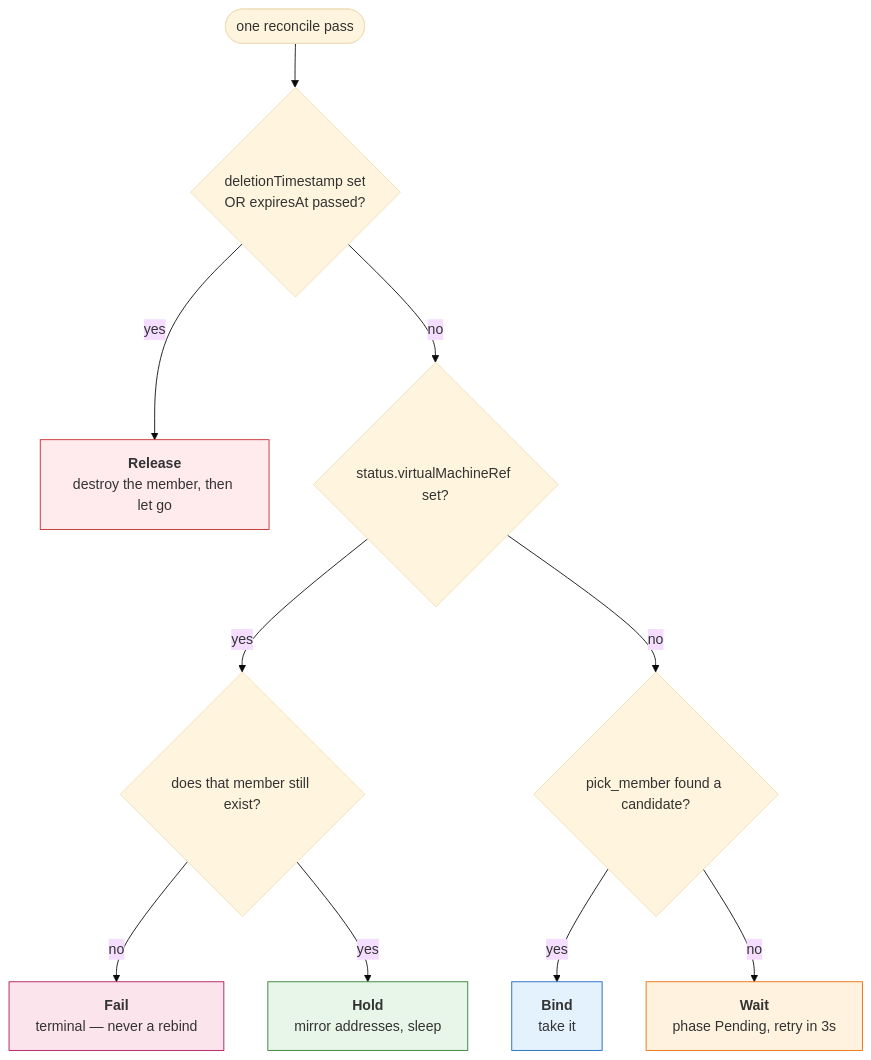
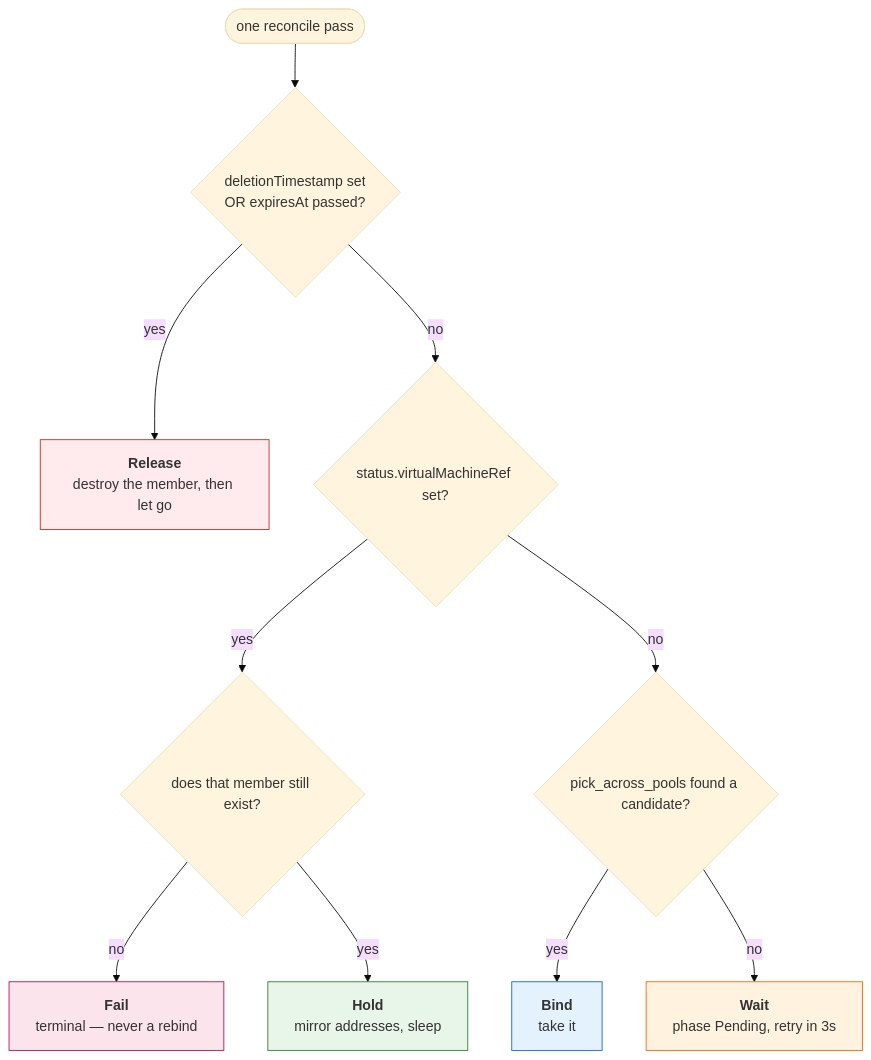
The eighth of 11 diagrams in docs/src/concepts/virtualmachine-claim-flow.md (firestoned/banlieue), drawn with Mermaid (base theme) before and after one commit. The commit also changed other lines of this file and 26 other files, not shown here.

First line of the commit message:
feat(claim): a VirtualMachineClaim may select its pool by label (ADR-0132, roadmap 17)

````diff
--- a/docs/src/concepts/virtualmachine-claim-flow.md
+++ b/docs/src/concepts/virtualmachine-claim-flow.md
@@ -348,18 +348,18 @@
 ```mermaid
 flowchart TD
     START(["one reconcile pass"]) --> D1{"deletionTimestamp set<br/>OR expiresAt passed?"}
     D1 -->|yes| REL["<b>Release</b><br/>destroy the member, then let go"]
     D1 -->|no| D2{"status.virtualMachineRef set?"}
     D2 -->|yes| D3{"does that member still exist?"}
     D3 -->|no| FAIL["<b>Fail</b><br/>terminal — never a rebind"]
     D3 -->|yes| HOLD["<b>Hold</b><br/>mirror addresses, sleep"]
-    D2 -->|no| D4{"pick_member found a candidate?"}
+    D2 -->|no| D4{"pick_across_pools found a candidate?"}
     D4 -->|yes| BIND["<b>Bind</b><br/>take it"]
     D4 -->|no| WAIT["<b>Wait</b><br/>phase Pending, retry in 3s"]
 
     style REL fill:#ffebee,stroke:#c62828
     style FAIL fill:#fce4ec,stroke:#ad1457
     style HOLD fill:#e8f5e9,stroke:#2e7d32
     style BIND fill:#e3f2fd,stroke:#1565c0
     style WAIT fill:#fff3e0,stroke:#ef6c00
 ```
````
